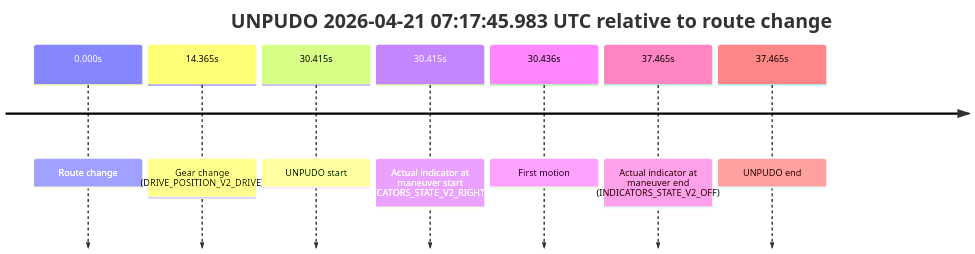
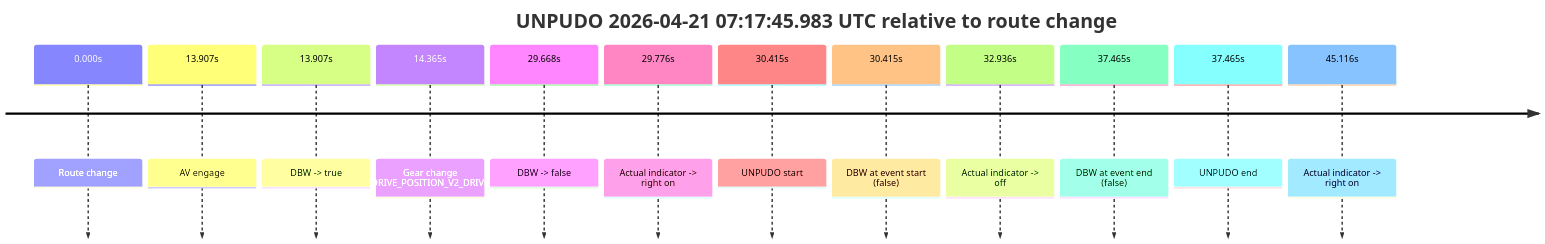
Before and after one commit to yoelshapiro/vault: the first of 4 diagrams in model_analysis/report_cards/2026/04/Week-4/fme20038--2026-04-21--07-11-09--gen2-av-7682c037-e88d-4b10-bda6-6c941cd2b835.md, drawn with Mermaid. The commit also changed other lines of this file and 85 other files, not shown here.

````diff
--- a/model_analysis/report_cards/2026/04/Week-4/fme20038--2026-04-21--07-11-09--gen2-av-7682c037-e88d-4b10-bda6-6c941cd2b835.md
+++ b/model_analysis/report_cards/2026/04/Week-4/fme20038--2026-04-21--07-11-09--gen2-av-7682c037-e88d-4b10-bda6-6c941cd2b835.md
@@ -40,11 +45,16 @@
 ```mermaid
 timeline
     title UNPUDO 2026-04-21 07:17:45.983 UTC relative to route change
     0.000s : Route change
+    13.907s : AV engage
+    13.907s : DBW -> true
     14.365s : Gear change (DRIVE_POSITION_V2_DRIVE)
+    29.668s : DBW -> false
+    29.776s : Actual indicator -> right on
     30.415s : UNPUDO start
-    30.415s : Actual indicator at maneuver start (INDICATORS_STATE_V2_RIGHT_ON)
-    30.436s : First motion
-    37.465s : Actual indicator at maneuver end (INDICATORS_STATE_V2_OFF)
+    30.415s : DBW at event start (false)
+    32.936s : Actual indicator -> off
+    37.465s : DBW at event end (false)
     37.465s : UNPUDO end
+    45.116s : Actual indicator -> right on
 ```
````
